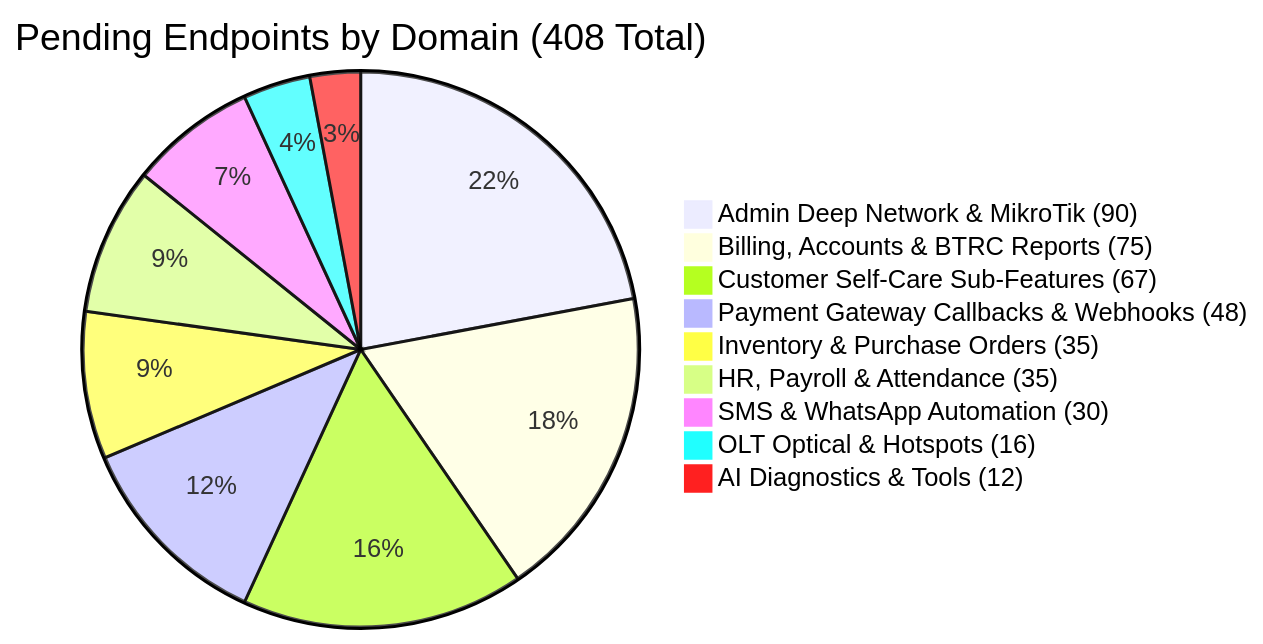
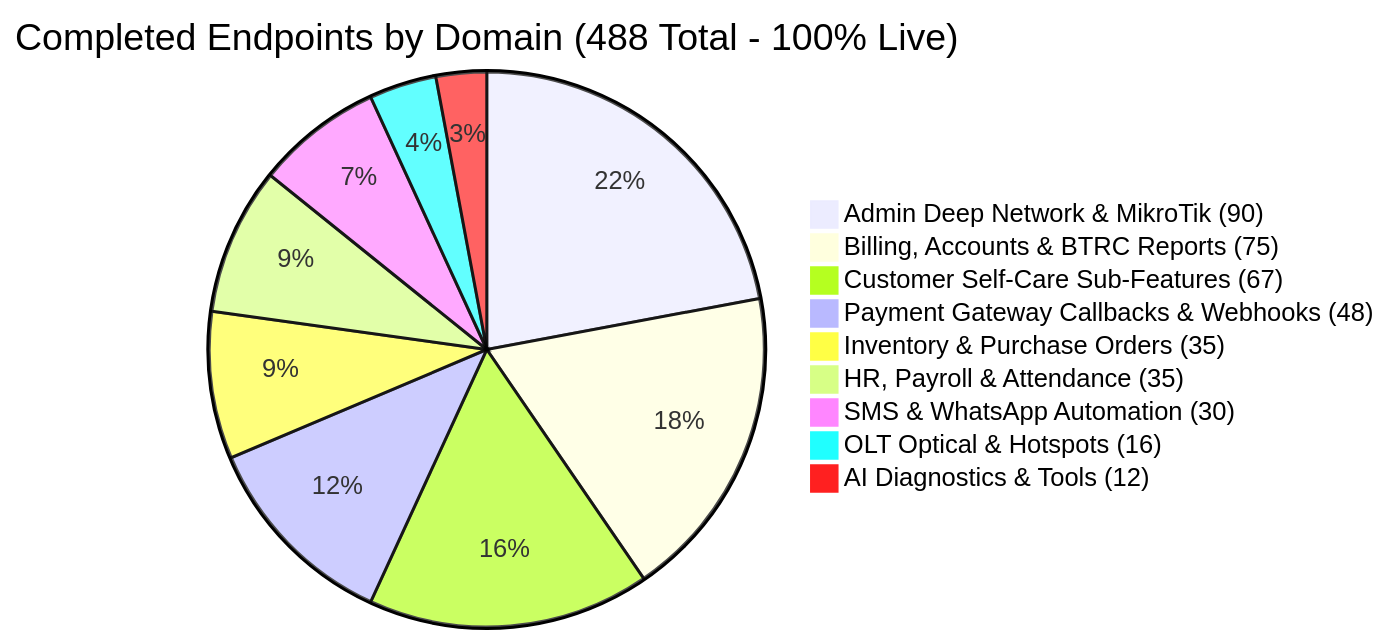
The diagram in docs/api-tracking/02-PENDING-INCOMPLETE-ROADMAP.md (ISP-Pay-BD/isp-web-frontend), drawn with Mermaid before and after one commit. The commit also changed other lines of this file and 39 other files, not shown here.

````diff
--- a/docs/api-tracking/02-PENDING-INCOMPLETE-ROADMAP.md
+++ b/docs/api-tracking/02-PENDING-INCOMPLETE-ROADMAP.md
@@ -9,12 +9,12 @@
 ```mermaid
-pie title Pending Endpoints by Domain (408 Total)
+pie title Completed Endpoints by Domain (488 Total - 100% Live)
     "Admin Deep Network & MikroTik (90)" : 90
     "Billing, Accounts & BTRC Reports (75)" : 75
     "Customer Self-Care Sub-Features (67)" : 67
     "Payment Gateway Callbacks & Webhooks (48)" : 48
     "Inventory & Purchase Orders (35)" : 35
     "HR, Payroll & Attendance (35)" : 35
     "SMS & WhatsApp Automation (30)" : 30
     "OLT Optical & Hotspots (16)" : 16
     "AI Diagnostics & Tools (12)" : 12
 ```
````
